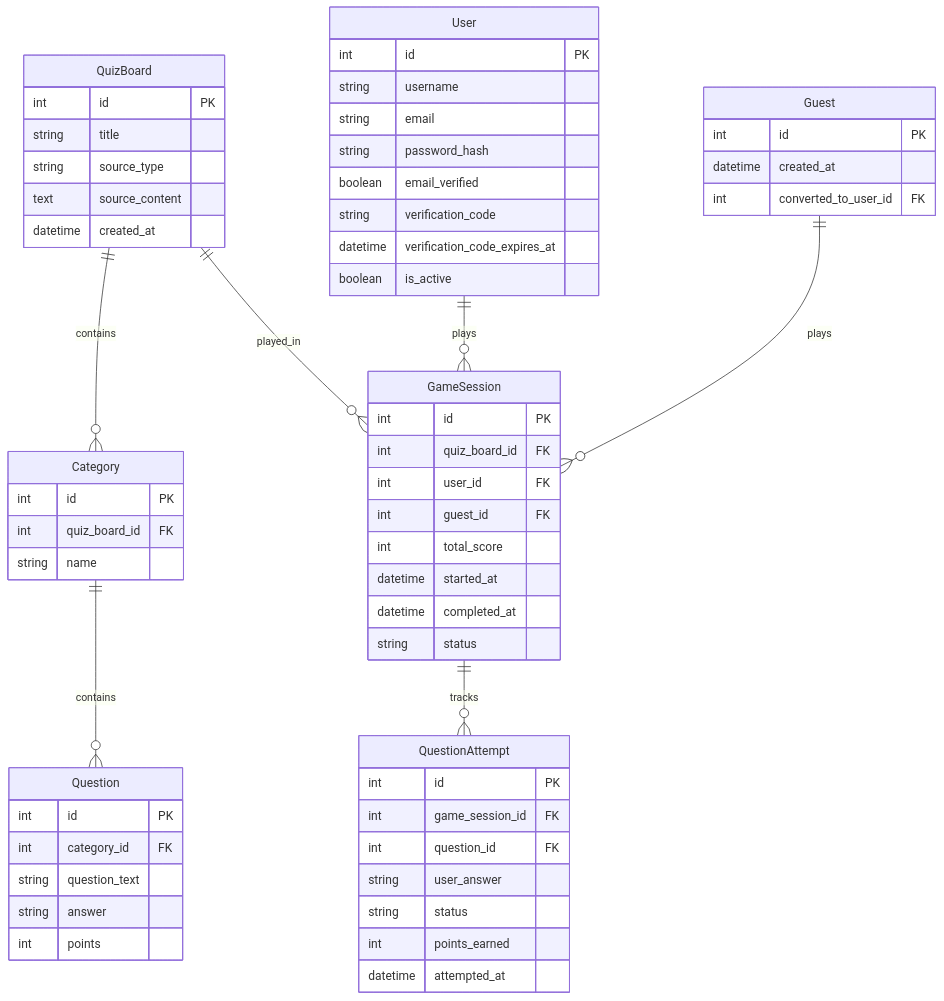
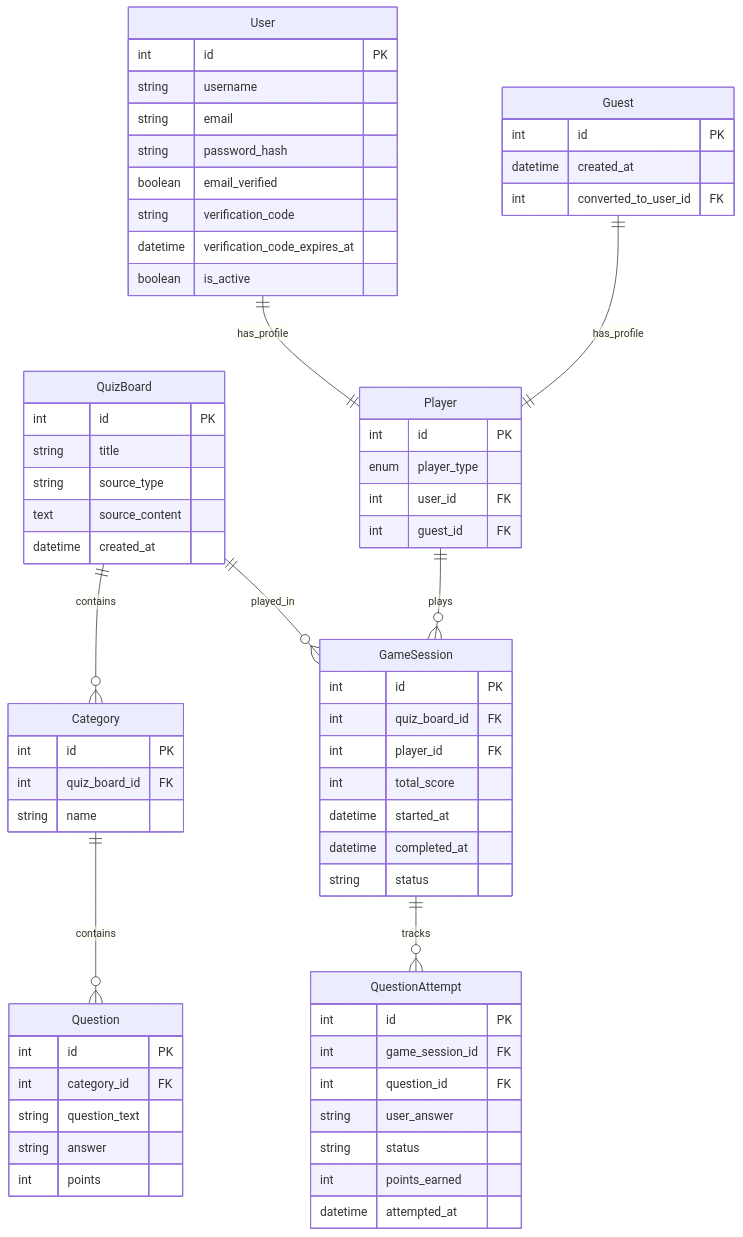
One commit to mental1337/jeopardyze changed the second of 4 diagrams in docs/project_design_doc.md. Above: the diagram before and after it, drawn with Mermaid. The commit also changed other lines of this file and 12 other files, not shown here.

````diff
--- a/docs/project_design_doc.md
+++ b/docs/project_design_doc.md
@@ -38,69 +38,76 @@
 ```mermaid
 erDiagram
     QuizBoard ||--o{ Category : contains
     Category ||--o{ Question : contains
     QuizBoard ||--o{ GameSession : played_in
-    User ||--o{ GameSession : plays
+    Player ||--o{ GameSession : plays
     GameSession ||--o{ QuestionAttempt : tracks
-    Guest ||--o{ GameSession : plays
+    User ||--|| Player : has_profile
+    Guest ||--|| Player : has_profile
 
     QuizBoard {
         int id PK
         string title
         string source_type
         text source_content
         datetime created_at
     }
 
     Category {
         int id PK
         int quiz_board_id FK
         string name
     }
 
     Question {
         int id PK
         int category_id FK
         string question_text
         string answer
         int points
     }
 
+    Player {
+        int id PK
+        enum player_type
+        int user_id FK
+        int guest_id FK
+    }
+
     GameSession {
         int id PK
         int quiz_board_id FK
-        int user_id FK
-        int guest_id FK
+        int player_id FK
         int total_score
         datetime started_at
         datetime completed_at
         string status
     }
 
     QuestionAttempt {
         int id PK
         int game_session_id FK
         int question_id FK
         string user_answer
         string status
         int points_earned
         datetime attempted_at
     }
 
     User {
         int id PK
         string username
         string email
         string password_hash
         boolean email_verified
         string verification_code
         datetime verification_code_expires_at
         boolean is_active
     }
 
     Guest {
         int id PK
         datetime created_at
         int converted_to_user_id FK
     }
 ```
````
